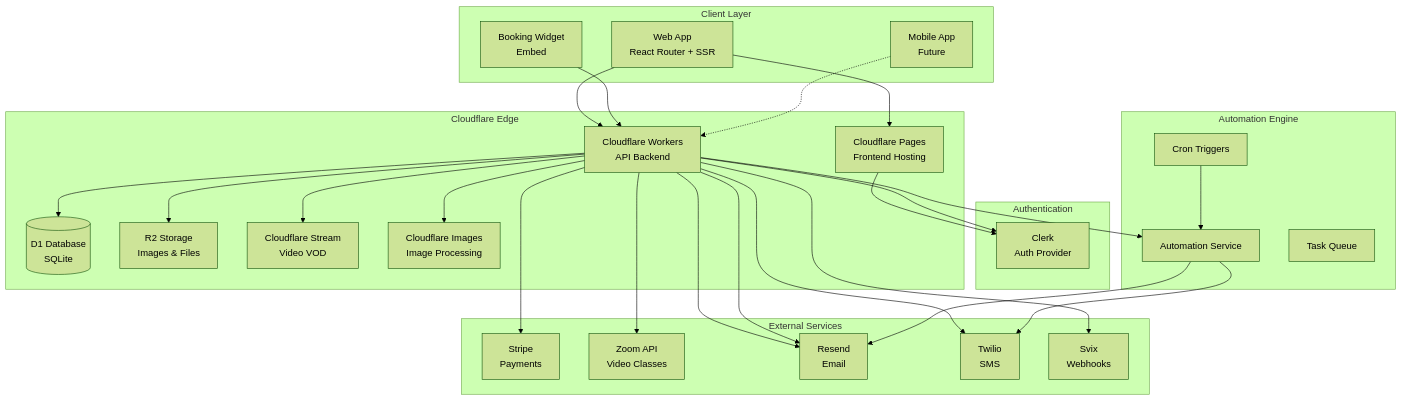
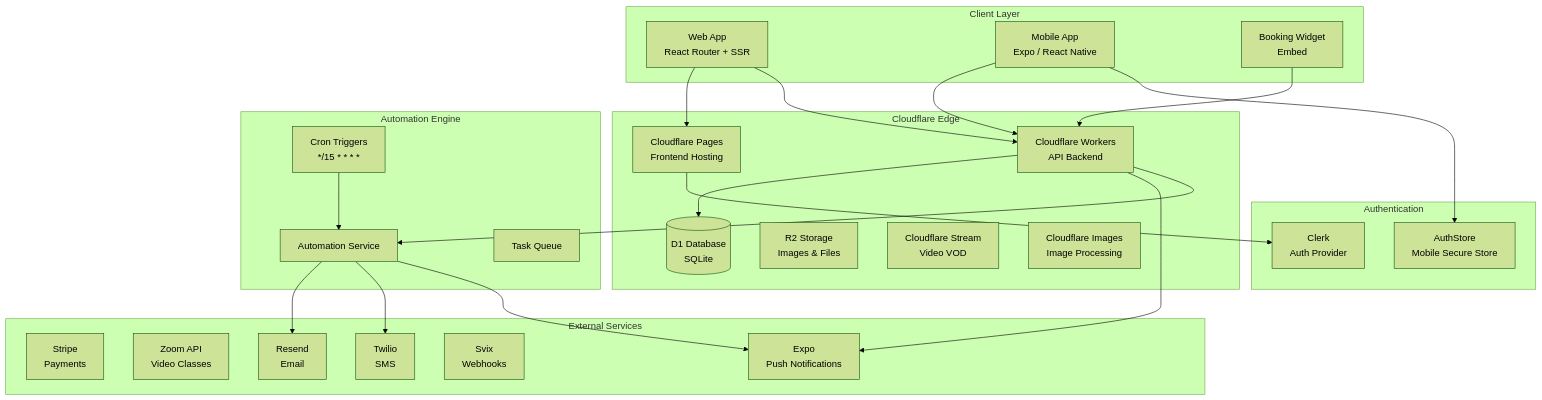
One commit to slichti/studio-platform-dev changed the first of 5 diagrams in docs/architecture.md. Above: the diagram before and after it, drawn with Mermaid (forest theme). The commit also changed 1 other file, not shown here.

Commit message:
docs: update system architecture and workflows

````diff
--- a/docs/architecture.md
+++ b/docs/architecture.md
@@ -5,59 +5,54 @@
 ```mermaid
 flowchart TB
     subgraph "Client Layer"
         WEB[Web App<br/>React Router + SSR]
-        MOBILE[Mobile App<br/>Future]
+        MOBILE[Mobile App<br/>Expo / React Native]
         WIDGET[Booking Widget<br/>Embed]
     end
 
     subgraph "Cloudflare Edge"
         PAGES[Cloudflare Pages<br/>Frontend Hosting]
         WORKERS[Cloudflare Workers<br/>API Backend]
         D1[(D1 Database<br/>SQLite)]
         R2[R2 Storage<br/>Images & Files]
         STREAM[Cloudflare Stream<br/>Video VOD]
         IMAGES[Cloudflare Images<br/>Image Processing]
     end
 
     subgraph "Authentication"
         CLERK[Clerk<br/>Auth Provider]
+        STORE[AuthStore<br/>Mobile Secure Store]
     end
 
     subgraph "External Services"
         STRIPE[Stripe<br/>Payments]
         ZOOM[Zoom API<br/>Video Classes]
         RESEND[Resend<br/>Email]
         TWILIO[Twilio<br/>SMS]
         SVIX[Svix<br/>Webhooks]
+        EXPO[Expo<br/>Push Notifications]
     end
 
     WEB --> PAGES
     WEB --> WORKERS
     WIDGET --> WORKERS
-    MOBILE -.-> WORKERS
+    MOBILE --> WORKERS
 
     PAGES --> CLERK
+    MOBILE --> STORE
     WORKERS --> D1
-    WORKERS --> R2
-    WORKERS --> STREAM
-    WORKERS --> IMAGES
-    WORKERS --> CLERK
-
-    WORKERS --> STRIPE
-    WORKERS --> ZOOM
-    WORKERS --> RESEND
-    WORKERS --> RESEND
-    WORKERS --> TWILIO
-    WORKERS --> SVIX
+    
+    WORKERS --> EXPO
     
     subgraph "Automation Engine"
         AUTO[Automation Service]
         QUEUE[Task Queue]
-        CRON[Cron Triggers]
+        CRON[Cron Triggers<br/>*/15 * * * *]
     end
     
     WORKERS --> AUTO
     CRON --> AUTO
     AUTO --> RESEND
     AUTO --> TWILIO
+    AUTO --> EXPO
 ```
````
